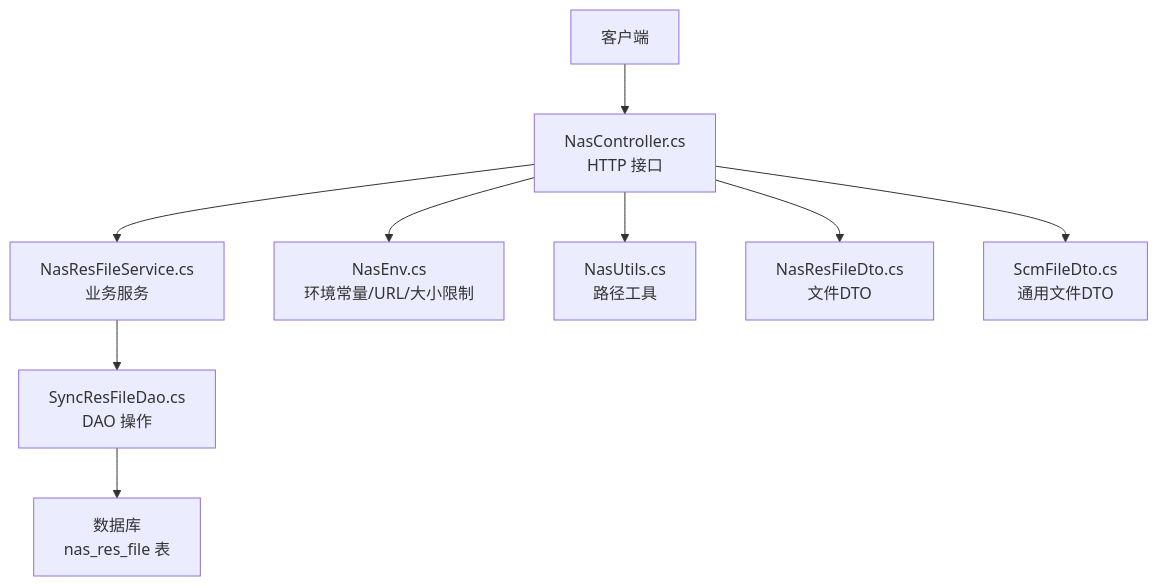
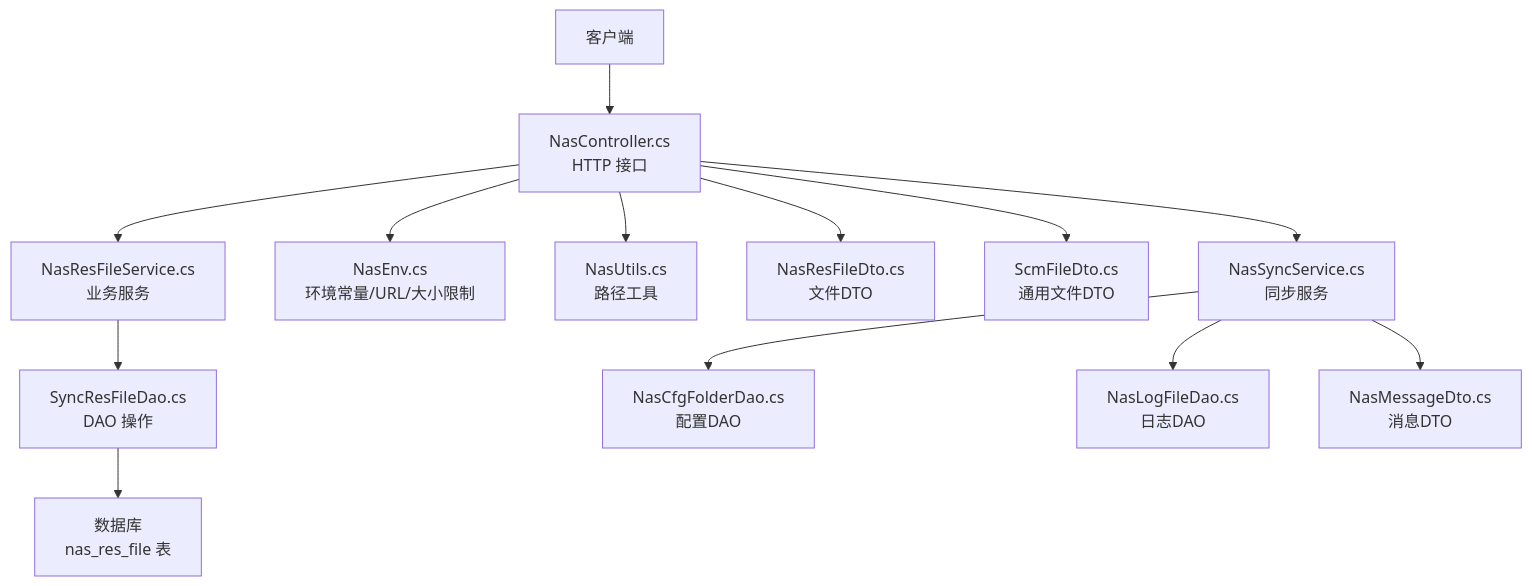
One commit to leadiot/Scm.Net changed the second of 10 diagrams in .qoder/repowiki/zh/content/文件管理系统/文件管理系统.md. Above: the diagram before and after it, drawn with Mermaid. The commit also changed other lines of this file and 126 other files, not shown here.

````diff
--- a/.qoder/repowiki/zh/content/文件管理系统/文件管理系统.md
+++ b/.qoder/repowiki/zh/content/文件管理系统/文件管理系统.md
@@ -109,11 +152,15 @@
 ```mermaid
 graph TB
 Client["客户端"] --> API["NasController.cs<br/>HTTP 接口"]
 API --> SVC["NasResFileService.cs<br/>业务服务"]
 SVC --> DAO["SyncResFileDao.cs<br/>DAO 操作"]
 DAO --> DB["数据库<br/>nas_res_file 表"]
 API --> ENV["NasEnv.cs<br/>环境常量/URL/大小限制"]
 API --> UTIL["NasUtils.cs<br/>路径工具"]
 API --> DTO["NasResFileDto.cs<br/>文件DTO"]
 API --> SFD["ScmFileDto.cs<br/>通用文件DTO"]
+API --> SYNC["NasSyncService.cs<br/>同步服务"]
+SYNC --> CFG["NasCfgFolderDao.cs<br/>配置DAO"]
+SYNC --> LOG["NasLogFileDao.cs<br/>日志DAO"]
+SYNC --> MSG["NasMessageDto.cs<br/>消息DTO"]
 ```
````
